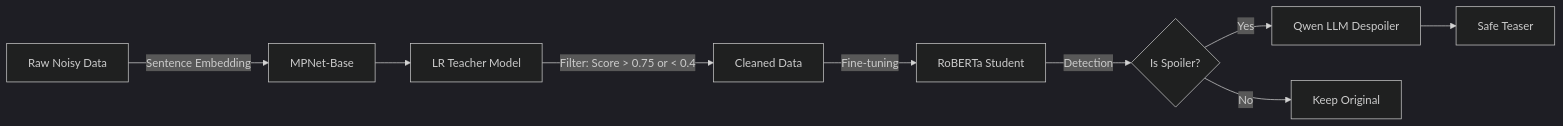
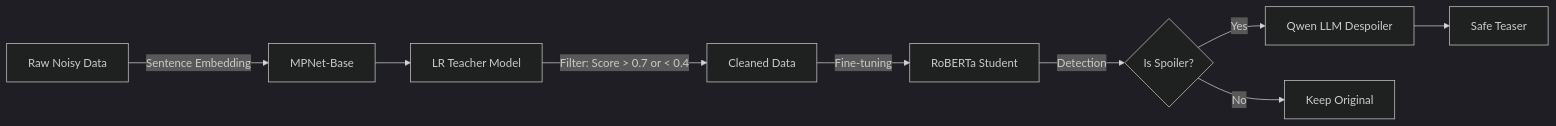
The diagram in readme.md (sujun-cmd/SpoilerTerminator), drawn with Mermaid (dark theme) before and after one commit. The commit also changed other lines of this file, not shown here.

Commit message:
Update readme with project details and usage

`````diff
--- a/readme.md
+++ b/readme.md
@@ -24,12 +24,12 @@
 ```mermaid
 graph LR
     A[Raw Noisy Data] -->|Sentence Embedding| B[MPNet-Base]
     B --> C[LR Teacher Model]
-    C -->|Filter: Score > 0.75 or < 0.4| D[Cleaned Data]
+    C -->|Filter: Score > 0.7 or < 0.4| D[Cleaned Data]
     D -->|Fine-tuning| E[RoBERTa Student]
     E -->|Detection| F{Is Spoiler?}
     F -->|Yes| G[Qwen LLM Despoiler]
     F -->|No| H[Keep Original]
     G --> I[Safe Teaser]
 
 ````
`````
